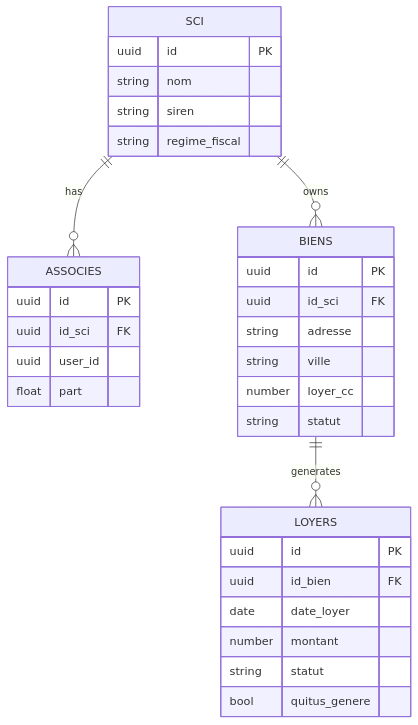
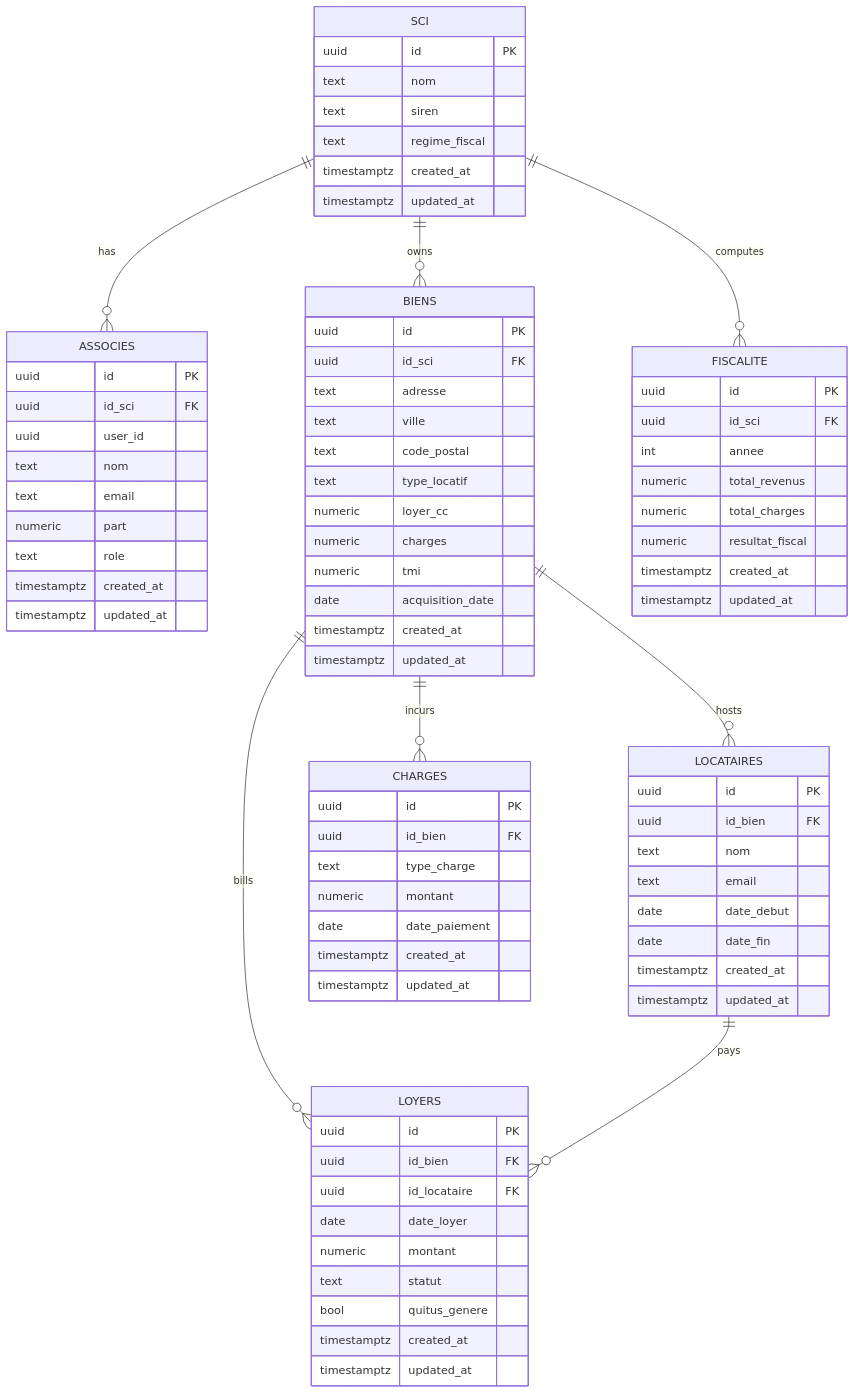
One commit to radnou/sci-manager-renew changed the first of 4 diagrams in ARCHITECTURE.md. Above: the diagram before and after it, drawn with Mermaid. The commit also changed other lines of this file and 88 other files, not shown here.

````diff
--- a/ARCHITECTURE.md
+++ b/ARCHITECTURE.md
@@ -22,34 +16,89 @@
 erDiagram
     SCI ||--o{ ASSOCIES : has
     SCI ||--o{ BIENS : owns
-    BIENS ||--o{ LOYERS : generates
+    BIENS ||--o{ LOCATAIRES : hosts
+    BIENS ||--o{ LOYERS : bills
+    BIENS ||--o{ CHARGES : incurs
+    SCI ||--o{ FISCALITE : computes
+    LOCATAIRES ||--o{ LOYERS : pays
 
     SCI {
         uuid id PK
-        string nom
-        string siren
-        string regime_fiscal
+        text nom
+        text siren
+        text regime_fiscal
+        timestamptz created_at
+        timestamptz updated_at
     }
+
     ASSOCIES {
         uuid id PK
         uuid id_sci FK
         uuid user_id
-        float part
+        text nom
+        text email
+        numeric part
+        text role
+        timestamptz created_at
+        timestamptz updated_at
     }
+
     BIENS {
         uuid id PK
         uuid id_sci FK
-        string adresse
-        string ville
-        number loyer_cc
-        string statut
+        text adresse
+        text ville
+        text code_postal
+        text type_locatif
+        numeric loyer_cc
+        numeric charges
+        numeric tmi
+        date acquisition_date
+        timestamptz created_at
+        timestamptz updated_at
     }
+
+    LOCATAIRES {
+        uuid id PK
+        uuid id_bien FK
+        text nom
+        text email
+        date date_debut
+        date date_fin
+        timestamptz created_at
+        timestamptz updated_at
+    }
+
     LOYERS {
         uuid id PK
         uuid id_bien FK
+        uuid id_locataire FK
         date date_loyer
-        number montant
-        string statut
+        numeric montant
+        text statut
         bool quitus_genere
+        timestamptz created_at
+        timestamptz updated_at
+    }
+
+    CHARGES {
+        uuid id PK
+        uuid id_bien FK
+        text type_charge
+        numeric montant
+        date date_paiement
+        timestamptz created_at
+        timestamptz updated_at
+    }
+
+    FISCALITE {
+        uuid id PK
+        uuid id_sci FK
+        int annee
+        numeric total_revenus
+        numeric total_charges
+        numeric resultat_fiscal
+        timestamptz created_at
+        timestamptz updated_at
     }
 ```
````
